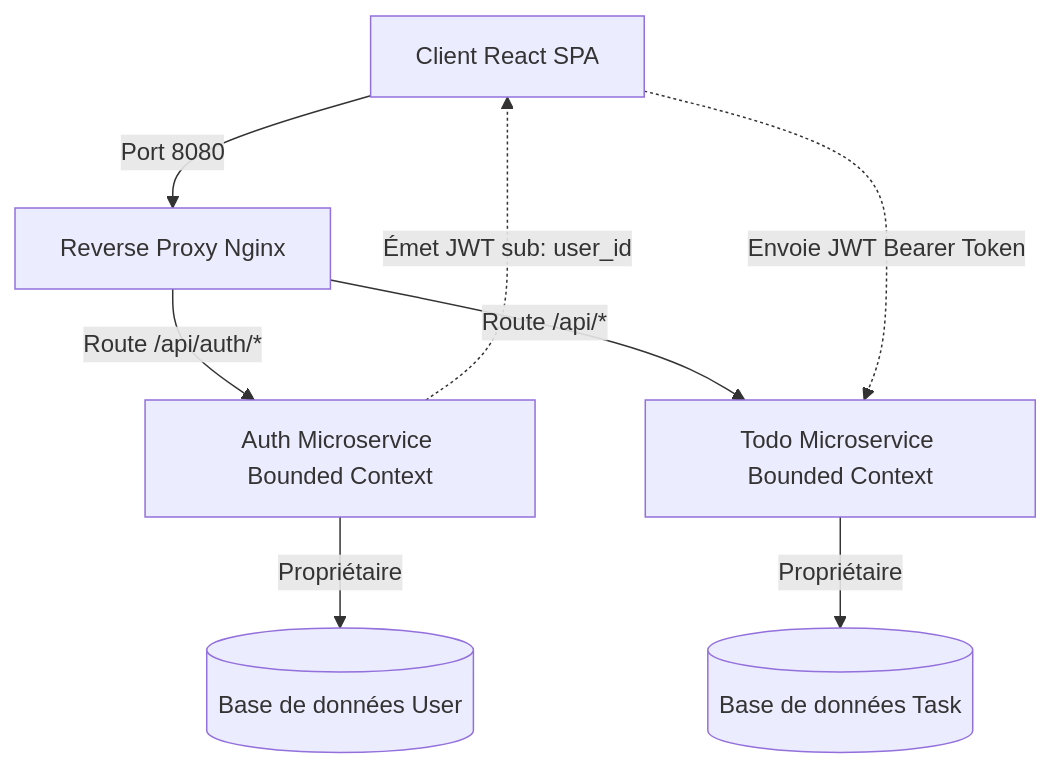
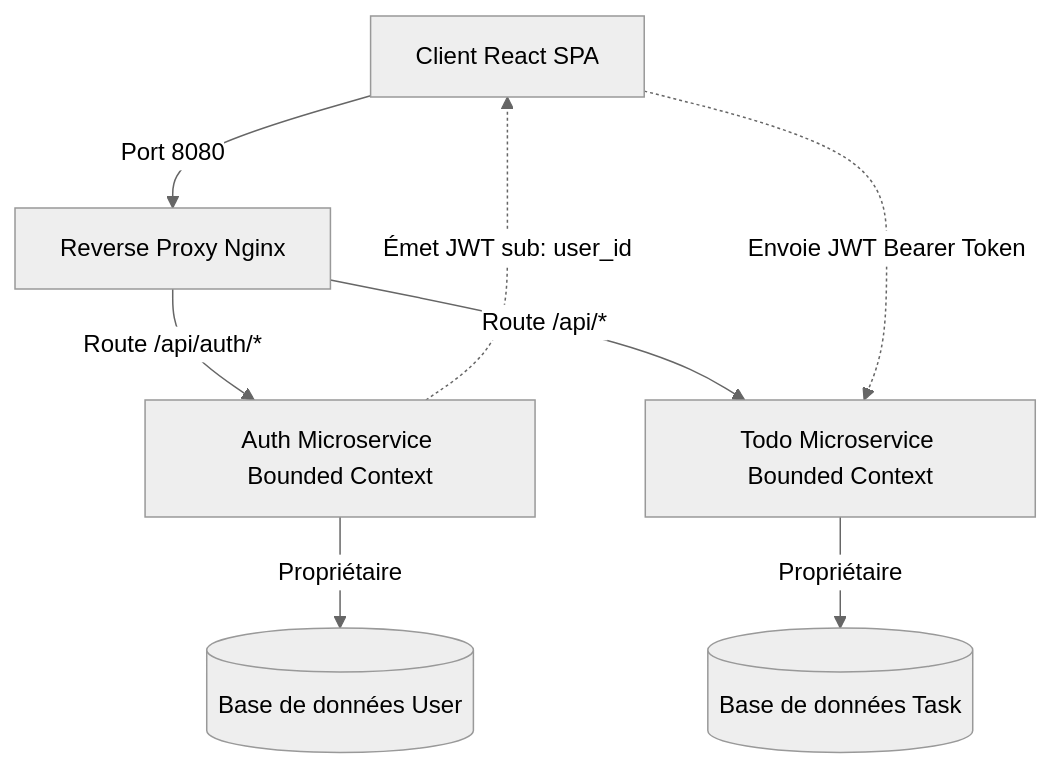
One commit to wanicolas/todo-app-cloud changed the diagram in docs/context_map.md. Above: the diagram before and after it, drawn with Mermaid. The commit also changed 2 other files, not shown here.

Commit message:
feat(docs): update context map and performance criteria formatting for clarity

````diff
--- a/docs/context_map.md
+++ b/docs/context_map.md
@@ -5,12 +5,13 @@
 ```mermaid
+%%{init: {'theme': 'neutral'}}%%
 graph TD
     Client[Client React SPA] -->|Port 8080| Proxy[Reverse Proxy Nginx]
     Proxy -->|Route /api/auth/*| AuthContext[Auth Microservice Bounded Context]
     Proxy -->|Route /api/*| TodoContext[Todo Microservice Bounded Context]
 
     AuthContext -->|Propriétaire| AuthDB[(Base de données User)]
     TodoContext -->|Propriétaire| TodoDB[(Base de données Task)]
 
     AuthContext -.->|Émet JWT sub: user_id| Client
     Client -.->|Envoie JWT Bearer Token| TodoContext
 ```
````
